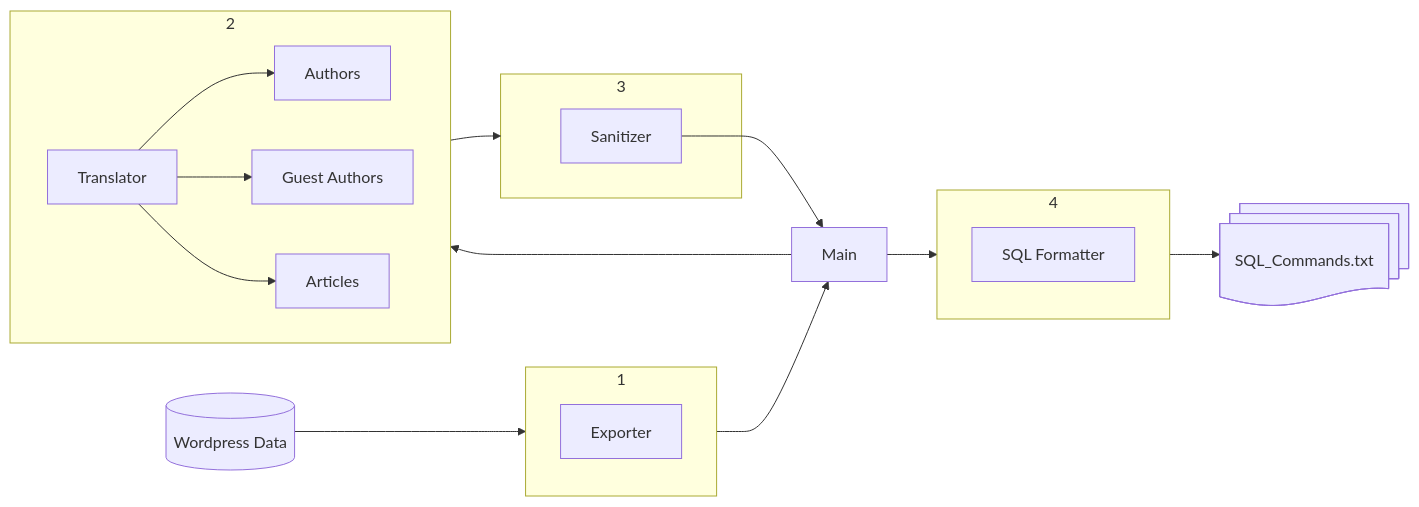
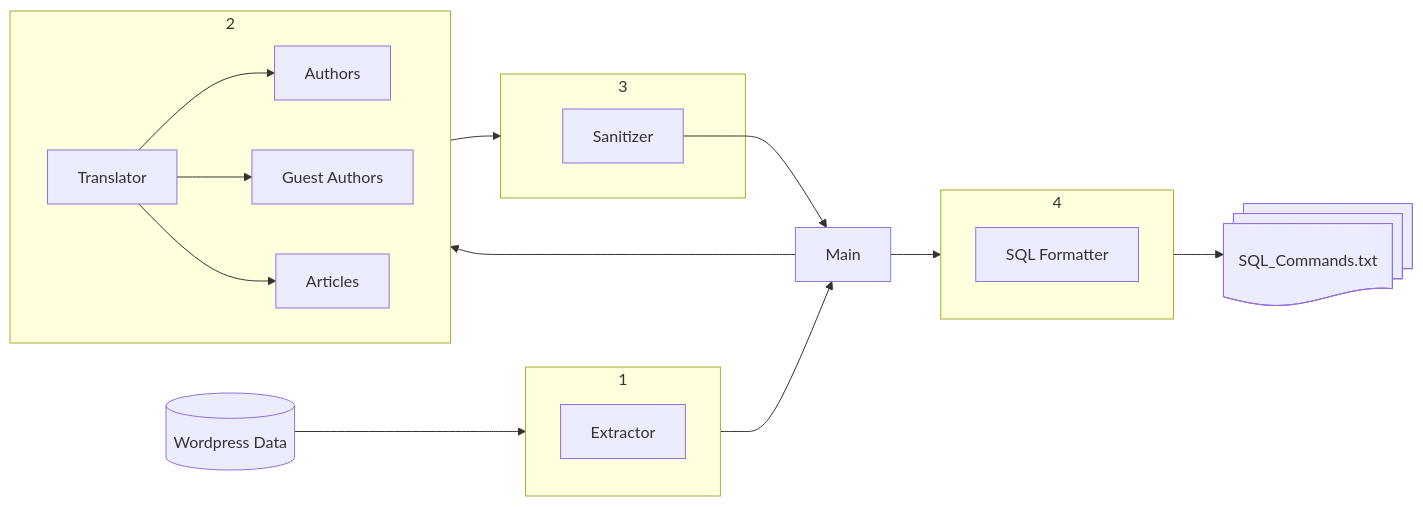
One commit to DrexelTriangle/wordpress-etl changed the diagram in README.MD. Above: the diagram before and after it, drawn with Mermaid.

````diff
--- a/README.MD
+++ b/README.MD
@@ -130,34 +130,34 @@
 ```mermaid
 flowchart LR
     db[(Wordpress Data)] 
     db --> g1
     g1 --> ma[Main]
     ma --> g2
     ma --> g4
     g4 --> cmd@{ shape: docs, label: "SQL_Commands.txt"}
 
 subgraph g1[1]
-    ex[Exporter]
+    ex[Extractor]
 end
 
 subgraph g2[2]
 direction LR
     tr[Translator]
     tr --> au[Authors]
     tr --> ga[Guest Authors]
     tr --> ar[Articles]
 end
 
 g2 --> g3
 
 subgraph g3[3]
     sa[Sanitizer]
 end
 
 sa --> ma
 
 subgraph g4[4]
     fm[SQL Formatter]
 end
 
 ```
````
